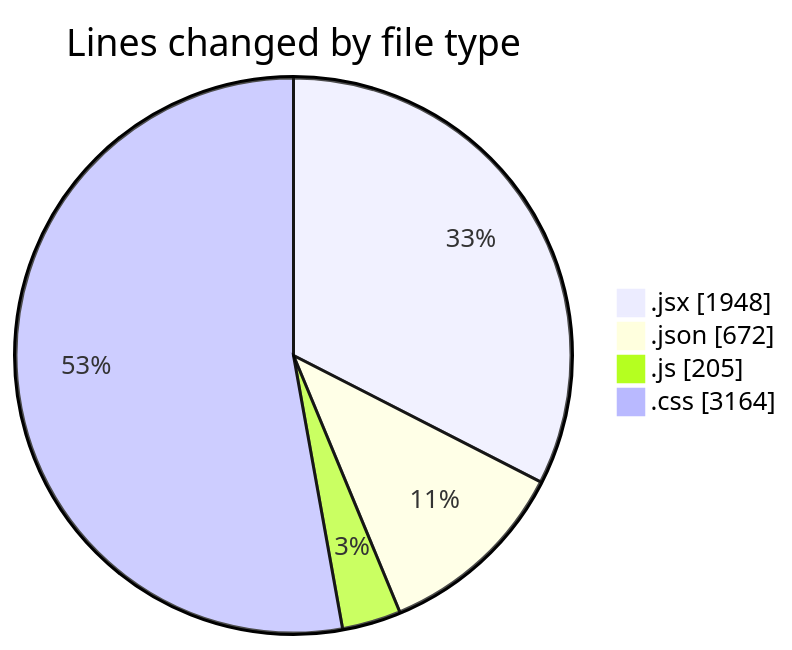
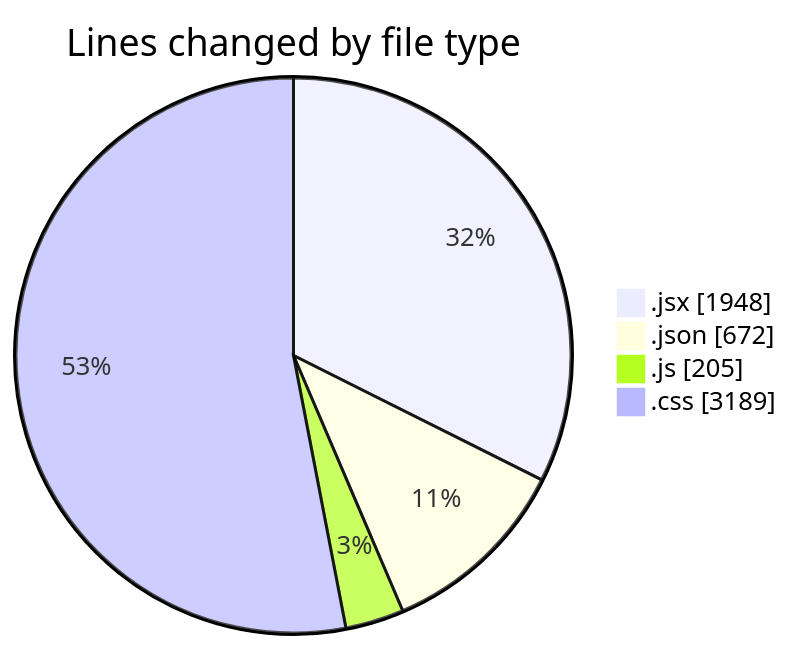
The first of 2 diagrams in 2025-05-04/project/README.md (BS-eng2023/code-tracking), drawn with Mermaid before and after one commit. The commit also changed other lines of this file and 1 other file, not shown here.

````diff
--- a/2025-05-04/project/README.md
+++ b/2025-05-04/project/README.md
@@ -43,8 +43,8 @@
 ```mermaid
 pie showData
 title Lines changed by file type
 ".jsx" : 1948
 ".json" : 672
 ".js" : 205
-".css" : 3164
+".css" : 3189
 ```
````
